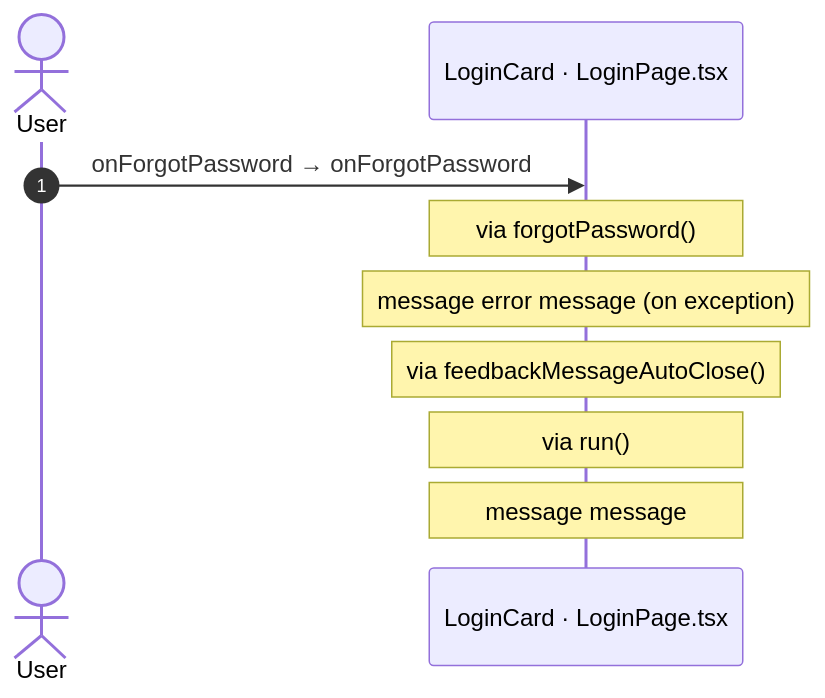
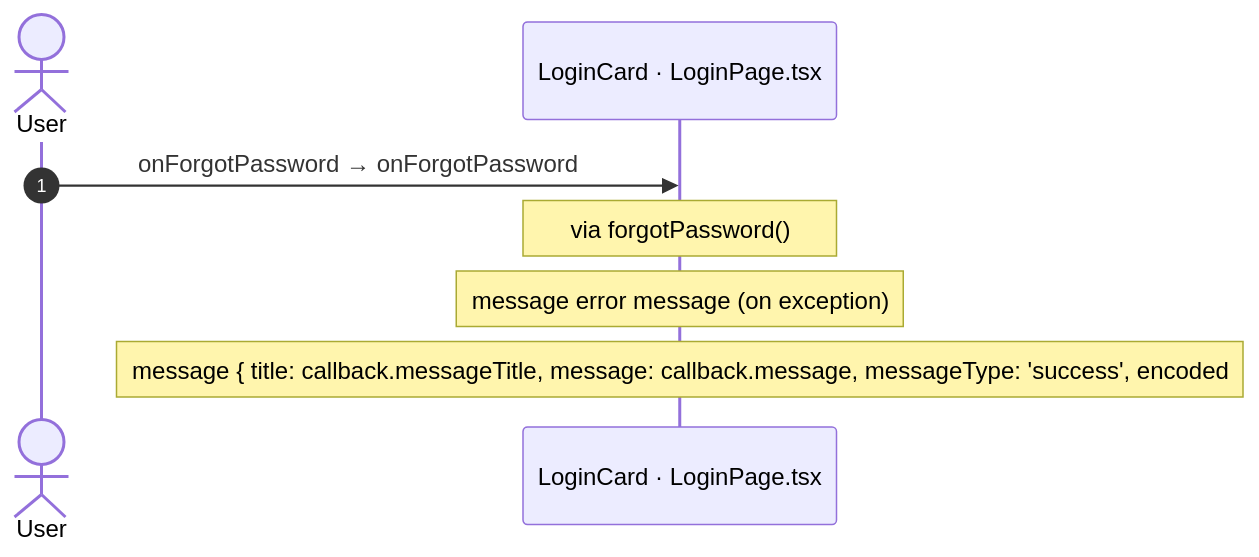
Before and after one commit to Phoenix-DX/connect-new-ui: the eighth of 10 diagrams in route-actions/routes/Login.md, drawn with Mermaid. The commit also changed other lines of this file and 9 other files, not shown here.

Commit message:
route actions: ContactUsDetails checked (4 calls, 0 missing, 3 questions); tool: tel: links, previous screen, FeedbackMessage actions, JS node action proxies, functions given to then/setTimeout, hook-returned handlers; raiseToFlowHandler is not an effect

````diff
--- a/route-actions/routes/Login.md
+++ b/route-actions/routes/Login.md
@@ -197,12 +234,10 @@
 ```mermaid
 sequenceDiagram
   autonumber
   actor U as User
   participant H as LoginCard · LoginPage.tsx
   U->>H: onForgotPassword → onForgotPassword
   Note over H: via forgotPassword()
   Note over H: message error message (on exception)
-  Note over H: via feedbackMessageAutoClose()
-  Note over H: via run()
-  Note over H: message message
+  Note over H: message { title: callback.messageTitle, message: callback.message, messageType: 'success', encoded
 ```
````
